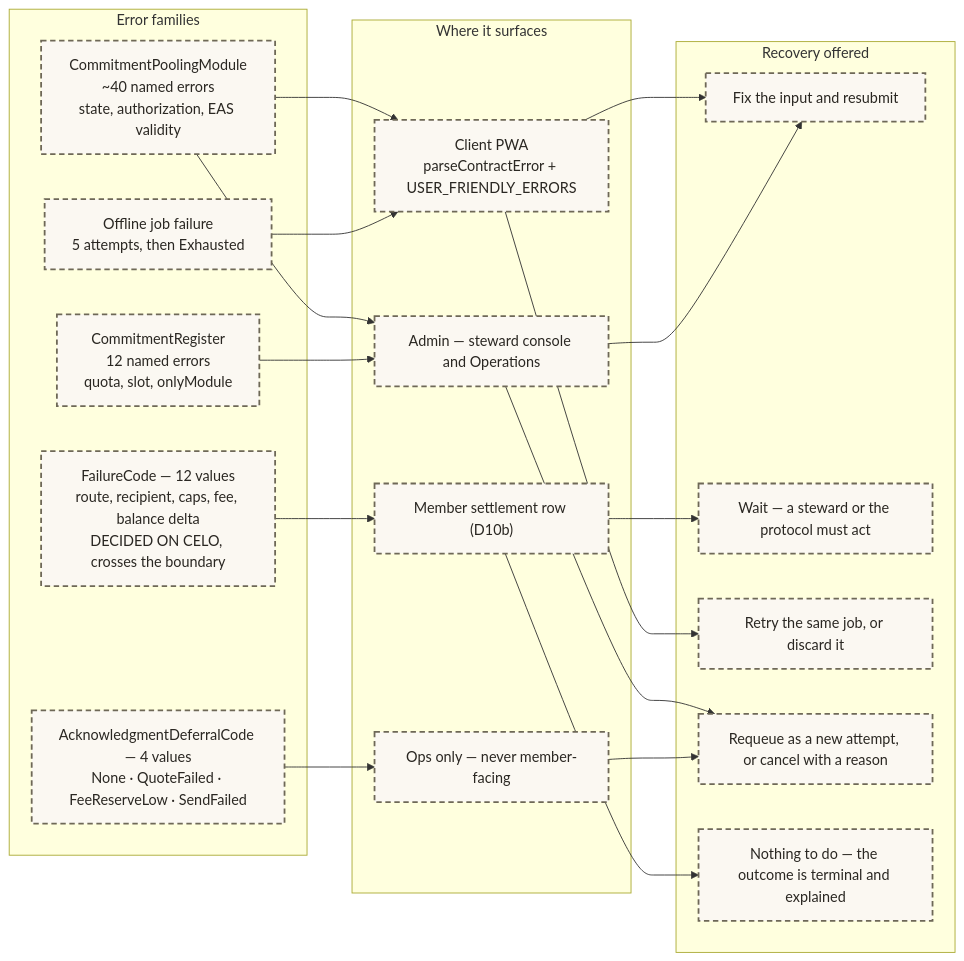
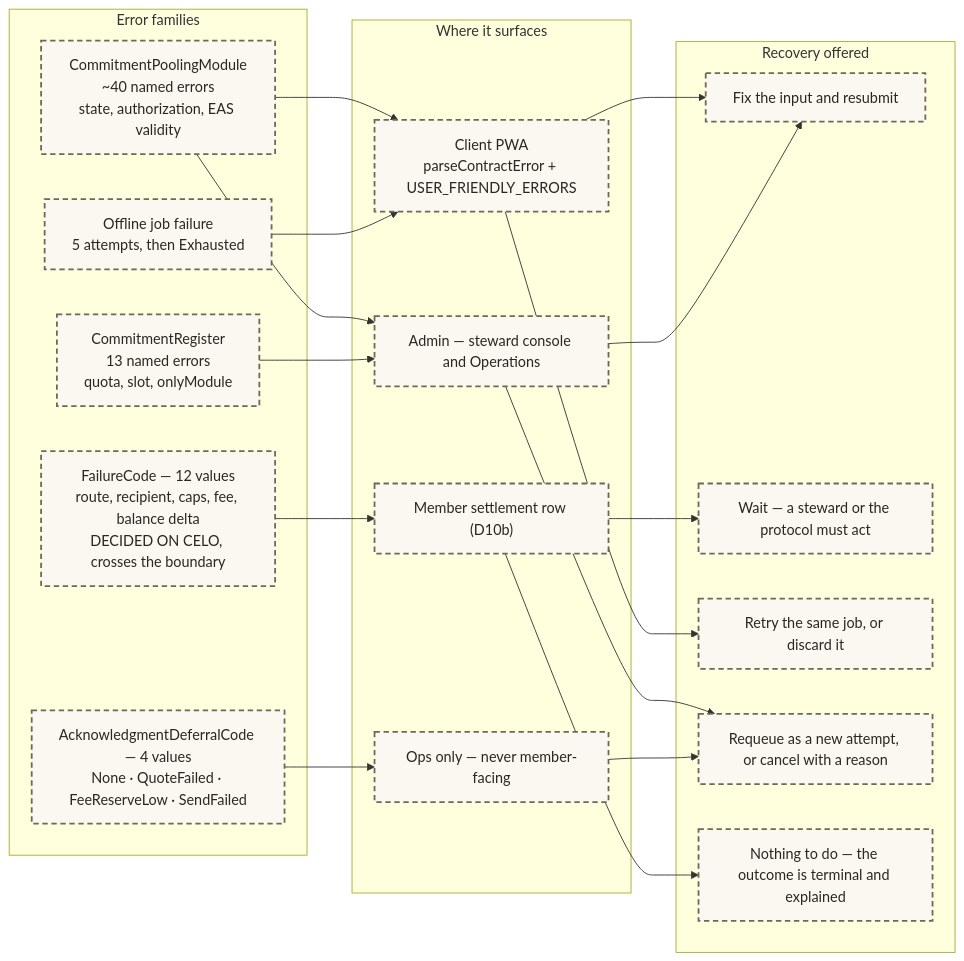
Before and after one commit to greenpill-dev-guild/green-goods: diagram 32 of 32 in .plans/active/commitment-pooling/diagrams.md, drawn with Mermaid. The commit also changed 3 other files, not shown here.

````diff
--- a/.plans/active/commitment-pooling/diagrams.md
+++ b/.plans/active/commitment-pooling/diagrams.md
@@ -1551,43 +1551,43 @@
 ```mermaid
 flowchart LR
   subgraph FAM["Error families"]
     E1["CommitmentPoolingModule<br/>~40 named errors<br/>state, authorization, EAS validity"]
-    E2["CommitmentRegister<br/>12 named errors<br/>quota, slot, onlyModule"]
+    E2["CommitmentRegister<br/>13 named errors<br/>quota, slot, onlyModule"]
     E3["FailureCode — 12 values<br/>route, recipient, caps, fee, balance delta<br/>DECIDED ON CELO, crosses the boundary"]
     E4["AcknowledgmentDeferralCode — 4 values<br/>None · QuoteFailed · FeeReserveLow · SendFailed"]
     E5["Offline job failure<br/>5 attempts, then Exhausted"]
   end
 
   subgraph SURF["Where it surfaces"]
     S1["Client PWA<br/>parseContractError + USER_FRIENDLY_ERRORS"]
     S2["Admin — steward console and Operations"]
     S3["Member settlement row (D10b)"]
     S4["Ops only — never member-facing"]
   end
 
   subgraph REC["Recovery offered"]
     R1["Fix the input and resubmit"]
     R2["Wait — a steward or the protocol must act"]
     R3["Retry the same job, or discard it"]
     R4["Requeue as a new attempt, or cancel with a reason"]
     R5["Nothing to do — the outcome is terminal and explained"]
   end
 
   E1 --> S1
   E1 --> S2
   E2 --> S2
   E3 --> S3
   E4 --> S4
   E5 --> S1
 
   S1 --> R1
   S1 --> R3
   S2 --> R1
   S2 --> R4
   S3 --> R2
   S3 --> R5
   S4 --> R4
 
   classDef planned fill:#fbf8f2,stroke:#6e6857,stroke-width:2px,stroke-dasharray:6 4,color:#2a2722
   class E1,E2,E3,E4,E5,S1,S2,S3,S4,R1,R2,R3,R4,R5 planned
 ```
````
